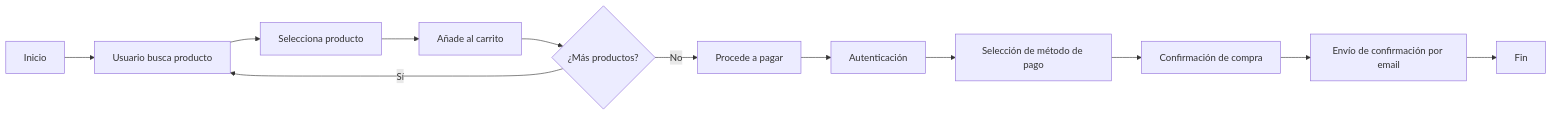
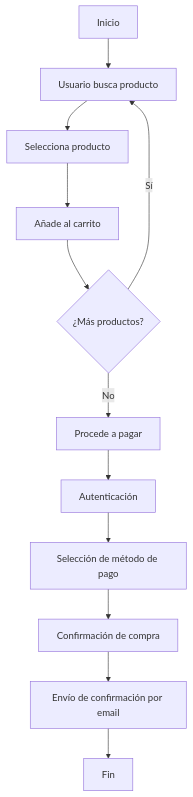
One commit to D1M4S4/Tankold-app changed the diagram in diagramas/ejemplos/EJEMPLO2-Diagrama-de-flujo-de-procesos(diagrama logico).md. Above: the diagram before and after it, drawn with Mermaid. The commit also changed 3 other files, not shown here.

````diff
--- a/diagramas/ejemplos/EJEMPLO2-Diagrama-de-flujo-de-procesos(diagrama logico).md
+++ b/diagramas/ejemplos/EJEMPLO2-Diagrama-de-flujo-de-procesos(diagrama logico).md
@@ -1,14 +1,14 @@
 ```mermaid
-graph LR
+graph TB
     A[Inicio] --> B[Usuario busca producto]
     B --> C[Selecciona producto]
     C --> D[Añade al carrito]
     D --> E{¿Más productos?}
     E -->|Sí| B
     E -->|No| F[Procede a pagar]
     F --> G[Autenticación]
     G --> H[Selección de método de pago]
     H --> I[Confirmación de compra]
     I --> J[Envío de confirmación por email]
     J --> K[Fin]
 ```
````
